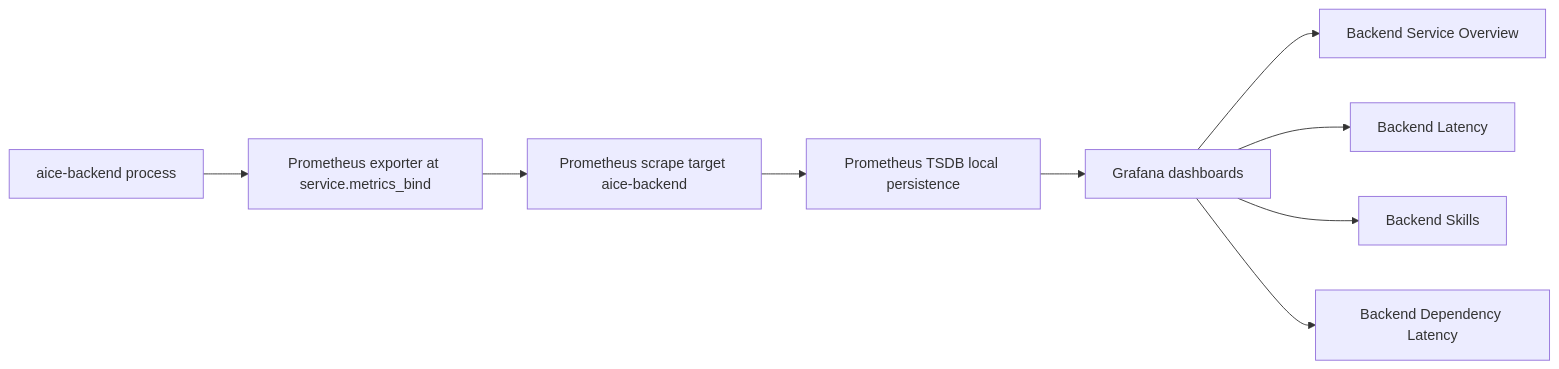
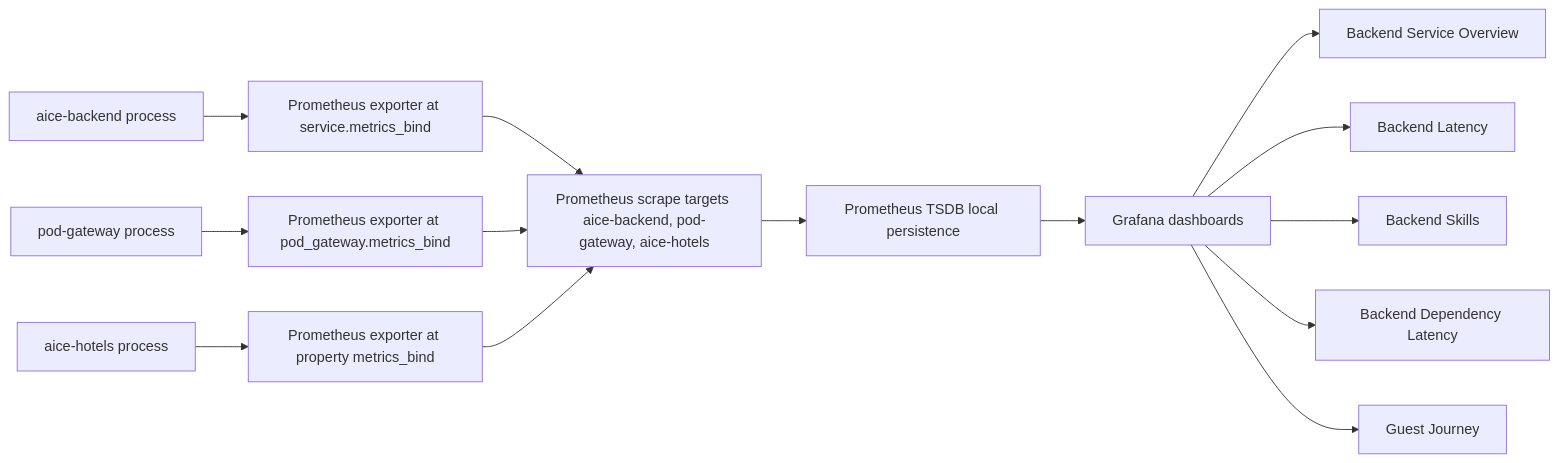
Before and after one commit to AncientiCe/aice: diagram 12 of 27 in docs/architecture/README.md, drawn with Mermaid. The commit also changed other lines of this file and 21 other files, not shown here.

First line of the commit message:
Time the guest journey end to end and trace every slow turn.

````diff
--- a/docs/architecture/README.md
+++ b/docs/architecture/README.md
@@ -441,11 +441,16 @@
 ```mermaid
 flowchart LR
     Backend[aice-backend process] --> Exporter[Prometheus exporter at service.metrics_bind]
-    Exporter --> Scrape[Prometheus scrape target aice-backend]
+    Gateway[pod-gateway process] --> GwExporter[Prometheus exporter at pod_gateway.metrics_bind]
+    Hotels[aice-hotels process] --> HotelExporter[Prometheus exporter at property metrics_bind]
+    Exporter --> Scrape[Prometheus scrape targets aice-backend, pod-gateway, aice-hotels]
+    GwExporter --> Scrape
+    HotelExporter --> Scrape
     Scrape --> Store[Prometheus TSDB local persistence]
     Store --> Grafana[Grafana dashboards]
     Grafana --> Runtime[Backend Service Overview]
     Grafana --> Timings[Backend Latency]
     Grafana --> Skills[Backend Skills]
     Grafana --> Deps[Backend Dependency Latency]
+    Grafana --> Journey[Guest Journey]
 ```
````
